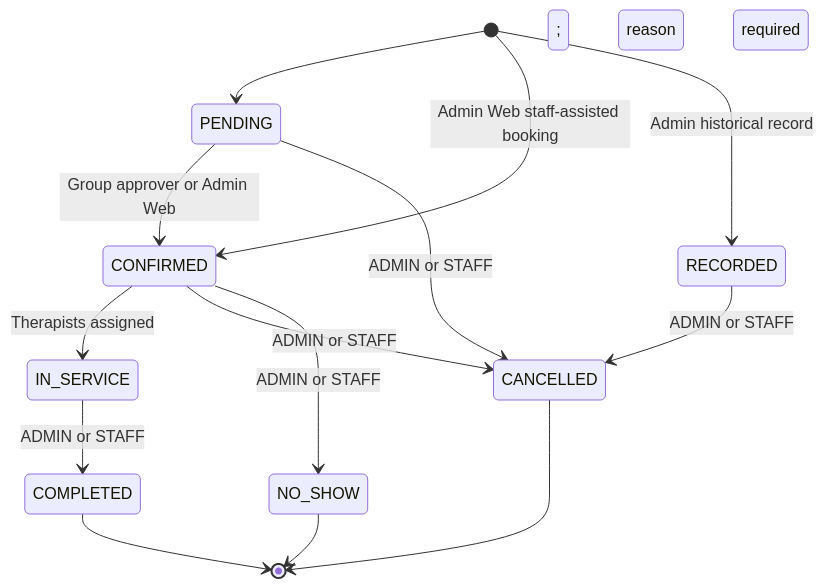
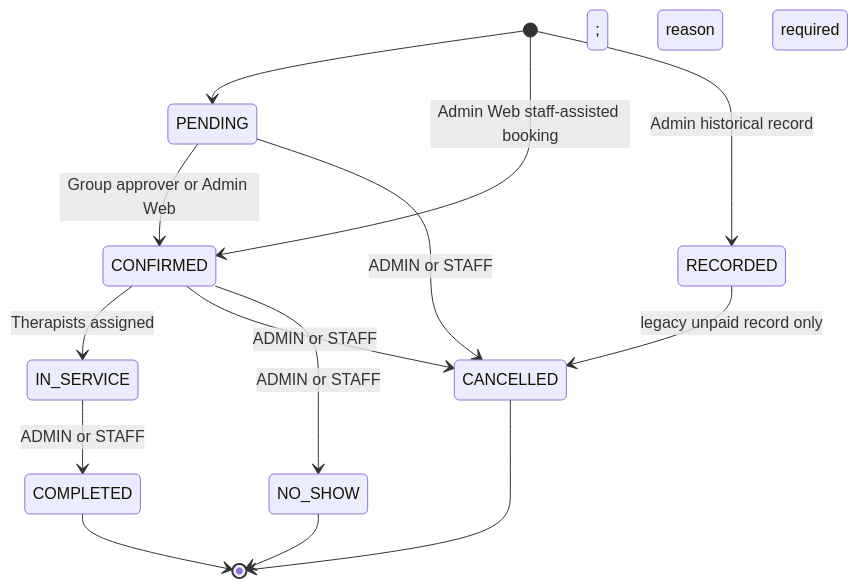
Before and after one commit to chonlathan-cloud/Project_microprojectP49_frontend: the fourth of 4 diagrams in SPA/Document/HLD.md, drawn with Mermaid. The commit also changed other lines of this file and 49 other files, not shown here.

````diff
--- a/SPA/Document/HLD.md
+++ b/SPA/Document/HLD.md
@@ -454,16 +454,16 @@
 ```mermaid
 stateDiagram-v2
     [*] --> PENDING
     [*] --> CONFIRMED: Admin Web staff-assisted booking
     [*] --> RECORDED: Admin historical record
     PENDING --> CONFIRMED: Group approver or Admin Web
     PENDING --> CANCELLED: ADMIN or STAFF
     CONFIRMED --> IN_SERVICE: Therapists assigned
     CONFIRMED --> CANCELLED: ADMIN or STAFF
     CONFIRMED --> NO_SHOW: ADMIN or STAFF
     IN_SERVICE --> COMPLETED: ADMIN or STAFF
-    RECORDED --> CANCELLED: ADMIN or STAFF; reason required
+    RECORDED --> CANCELLED: legacy unpaid record only; reason required
     COMPLETED --> [*]
     CANCELLED --> [*]
     NO_SHOW --> [*]
 ```
````
